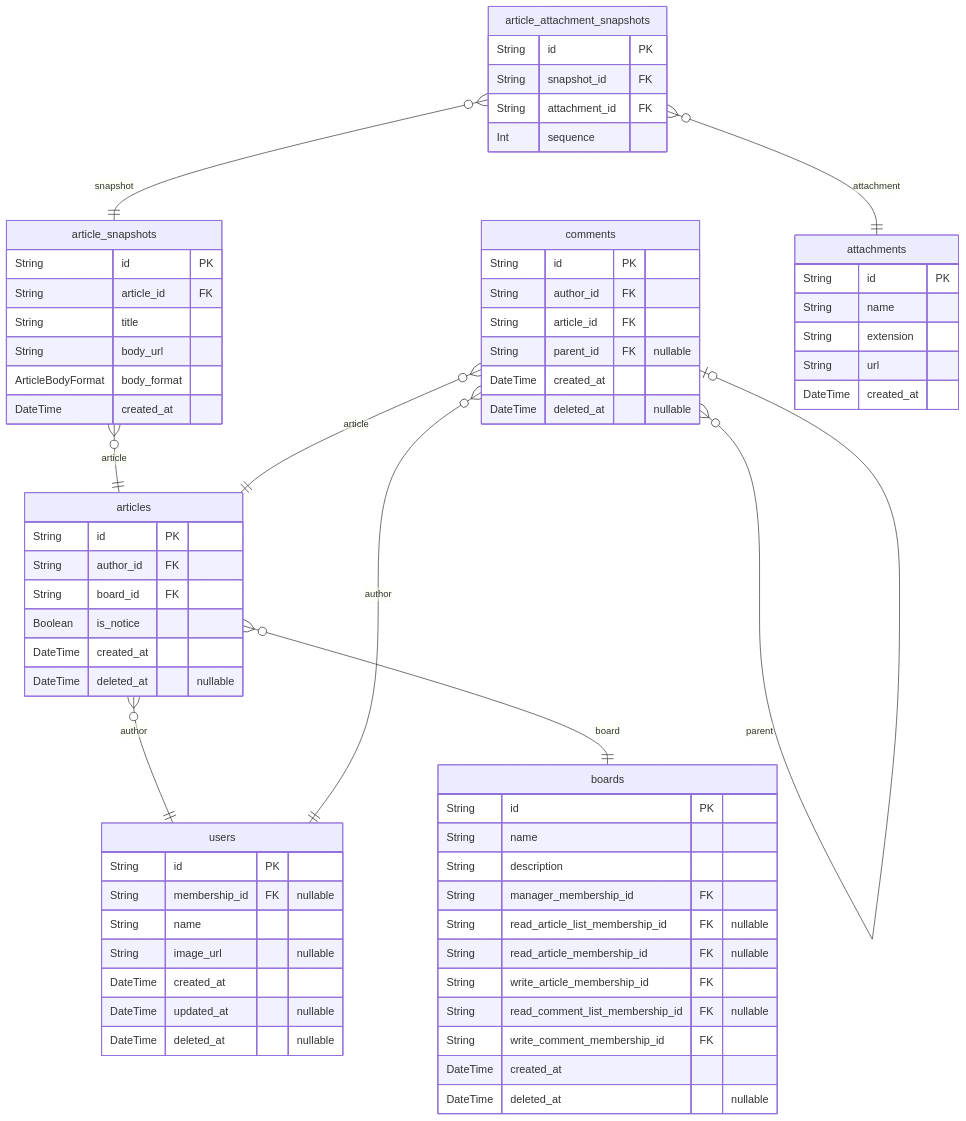
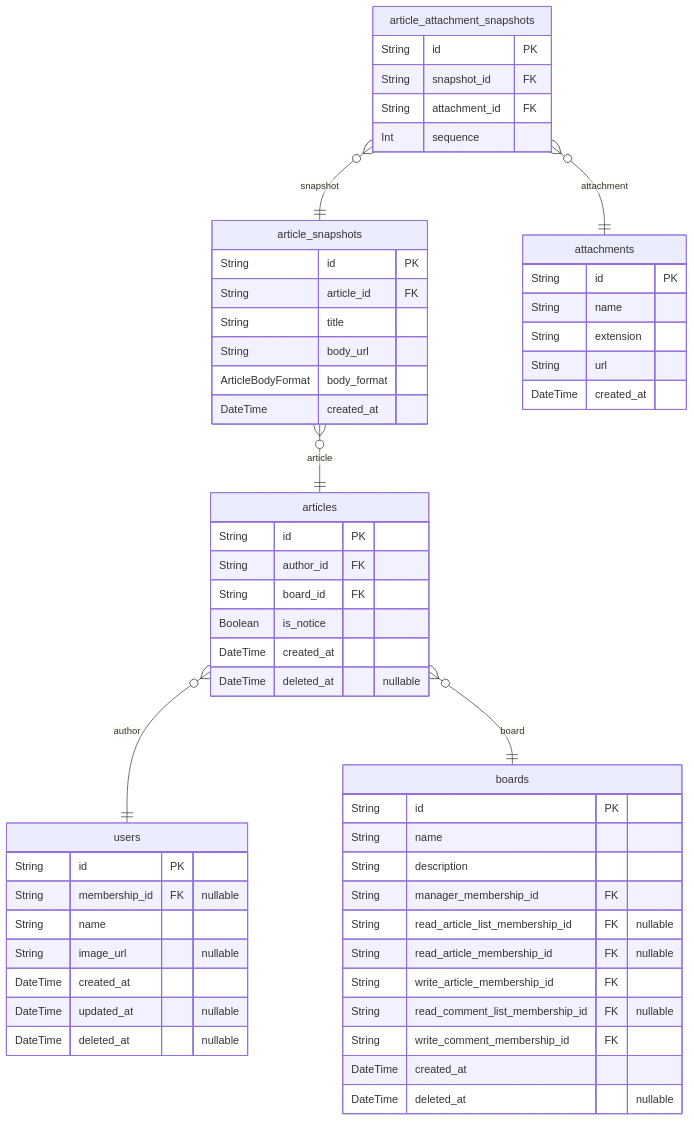
Before and after one commit to rojiwon123/bbs: the third of 5 diagrams in ERD.md, drawn with Mermaid. The commit also changed other lines of this file and 4 other files, not shown here.

````diff
--- a/ERD.md
+++ b/ERD.md
@@ -690,70 +522,59 @@
 ```mermaid
 erDiagram
 "articles" {
     String id PK
     String author_id FK
     String board_id FK
     Boolean is_notice
     DateTime created_at
     DateTime deleted_at "nullable"
 }
 "article_snapshots" {
     String id PK
     String article_id FK
     String title
     String body_url
     ArticleBodyFormat body_format
     DateTime created_at
 }
 "article_attachment_snapshots" {
     String id PK
     String snapshot_id FK
     String attachment_id FK
     Int sequence
 }
 "boards" {
     String id PK
     String name
     String description
     String manager_membership_id FK
     String read_article_list_membership_id FK "nullable"
     String read_article_membership_id FK "nullable"
     String write_article_membership_id FK
     String read_comment_list_membership_id FK "nullable"
     String write_comment_membership_id FK
     DateTime created_at
     DateTime deleted_at "nullable"
 }
-"comments" {
-    String id PK
-    String author_id FK
-    String article_id FK
-    String parent_id FK "nullable"
-    DateTime created_at
-    DateTime deleted_at "nullable"
-}
 "attachments" {
     String id PK
     String name
     String extension
     String url
     DateTime created_at
 }
 "users" {
     String id PK
     String membership_id FK "nullable"
     String name
     String image_url "nullable"
     DateTime created_at
     DateTime updated_at "nullable"
     DateTime deleted_at "nullable"
 }
 "articles" }o--|| "users" : author
 "articles" }o--|| "boards" : board
 "article_snapshots" }o--|| "articles" : article
 "article_attachment_snapshots" }o--|| "article_snapshots" : snapshot
 "article_attachment_snapshots" }o--|| "attachments" : attachment
-"comments" }o--|| "users" : author
-"comments" }o--|| "articles" : article
-"comments" }o--o| "comments" : parent
 ```
````
